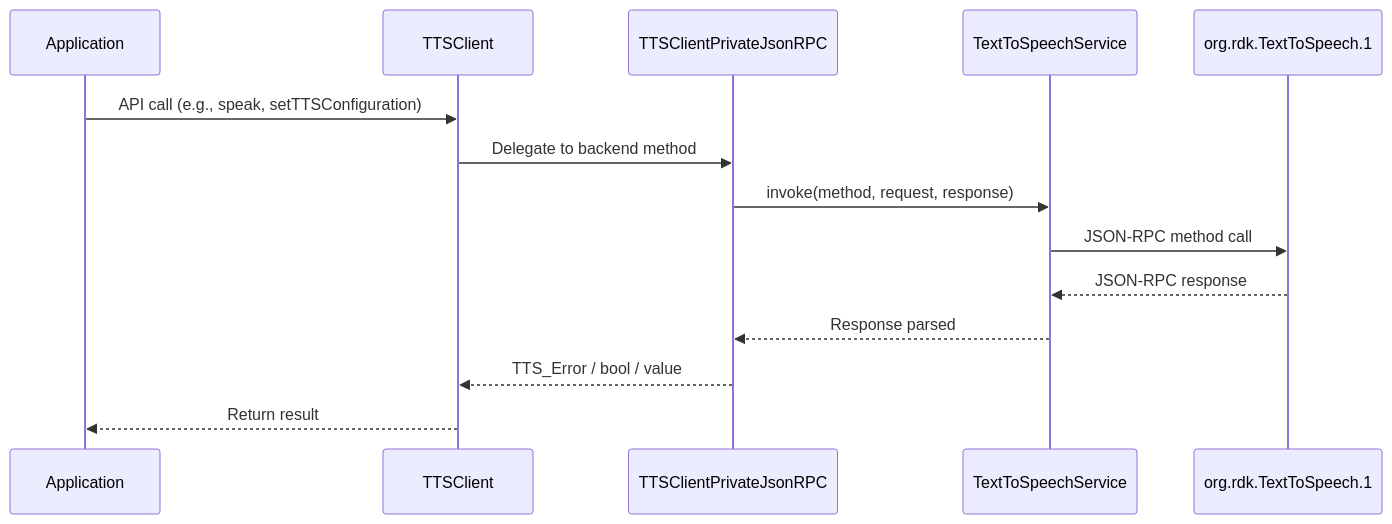
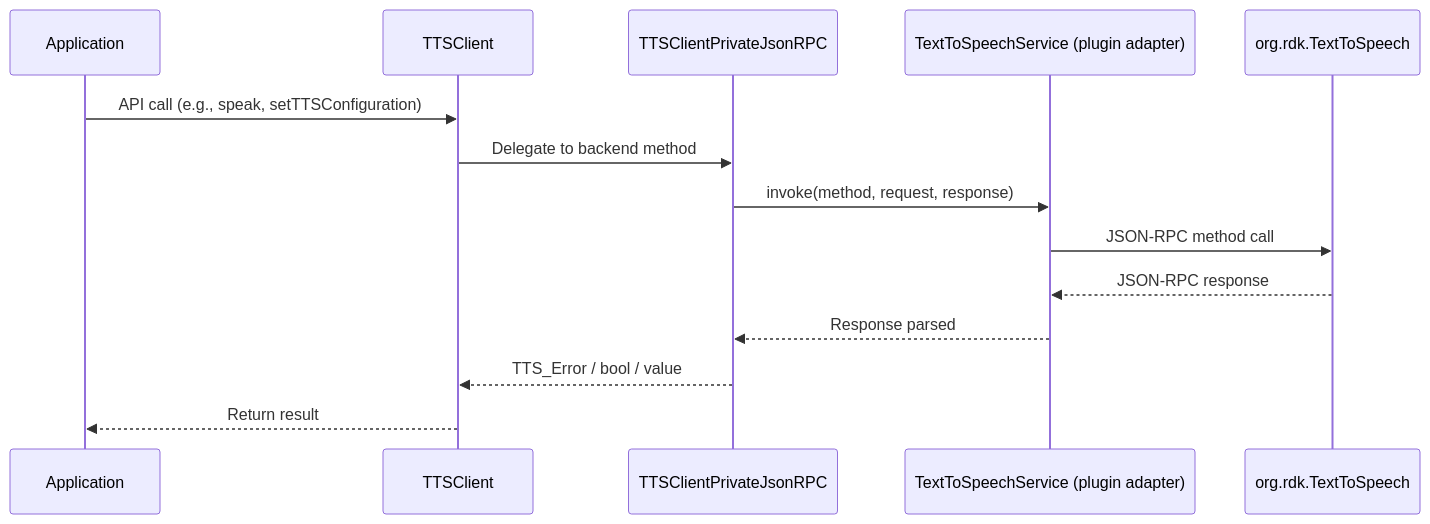
One commit to rns21/RDK_Documentation changed the sixth of 7 diagrams in docs/docu/RDKV-Documentations/tts_engine.md. Above: the diagram before and after it, drawn with Mermaid. The commit also changed other lines of this file, not shown here.

````diff
--- a/docs/docu/RDKV-Documentations/tts_engine.md
+++ b/docs/docu/RDKV-Documentations/tts_engine.md
@@ -288,17 +288,17 @@
 ```mermaid
 sequenceDiagram
     participant App as Application
     participant TC as TTSClient
     participant BE as TTSClientPrivateJsonRPC
-    participant SVC as TextToSpeechService
-    participant Thunder as org.rdk.TextToSpeech.1
+    participant SVC as TextToSpeechService (plugin adapter)
+    participant Thunder as org.rdk.TextToSpeech
 
     App->>TC: API call (e.g., speak, setTTSConfiguration)
     TC->>BE: Delegate to backend method
     BE->>SVC: invoke(method, request, response)
     SVC->>Thunder: JSON-RPC method call
     Thunder-->>SVC: JSON-RPC response
     SVC-->>BE: Response parsed
     BE-->>TC: TTS_Error / bool / value
     TC-->>App: Return result
 ```
````
